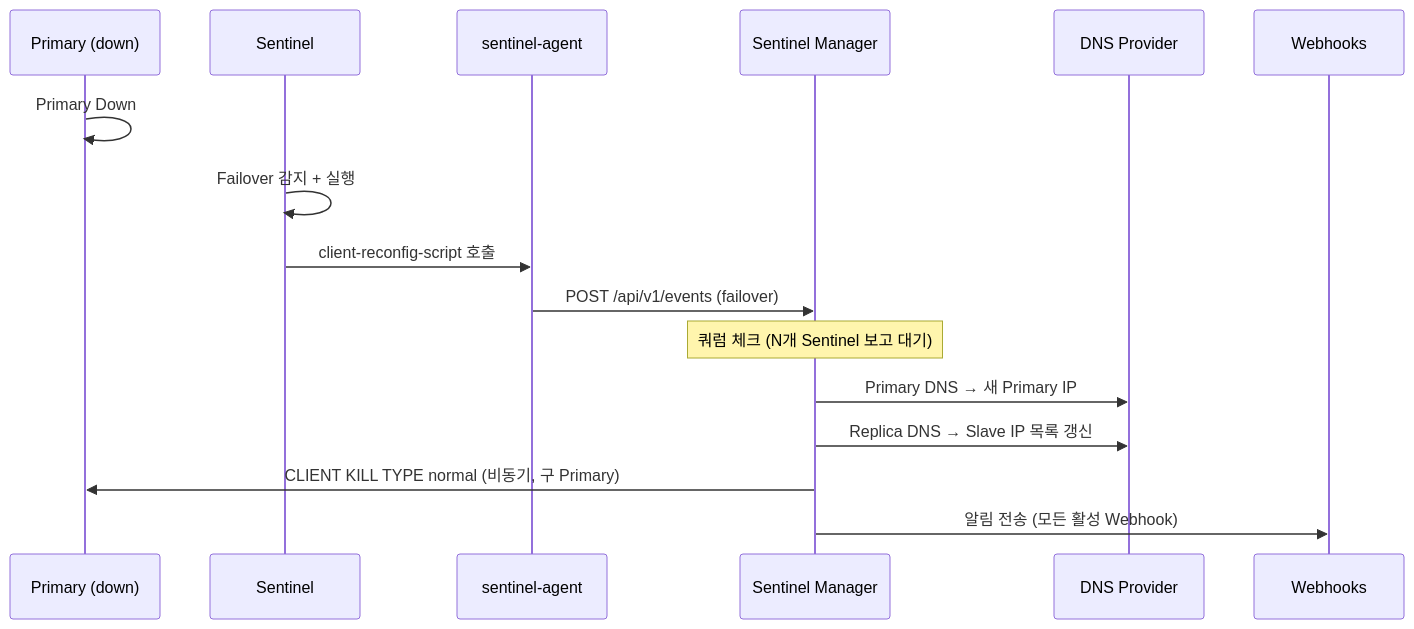
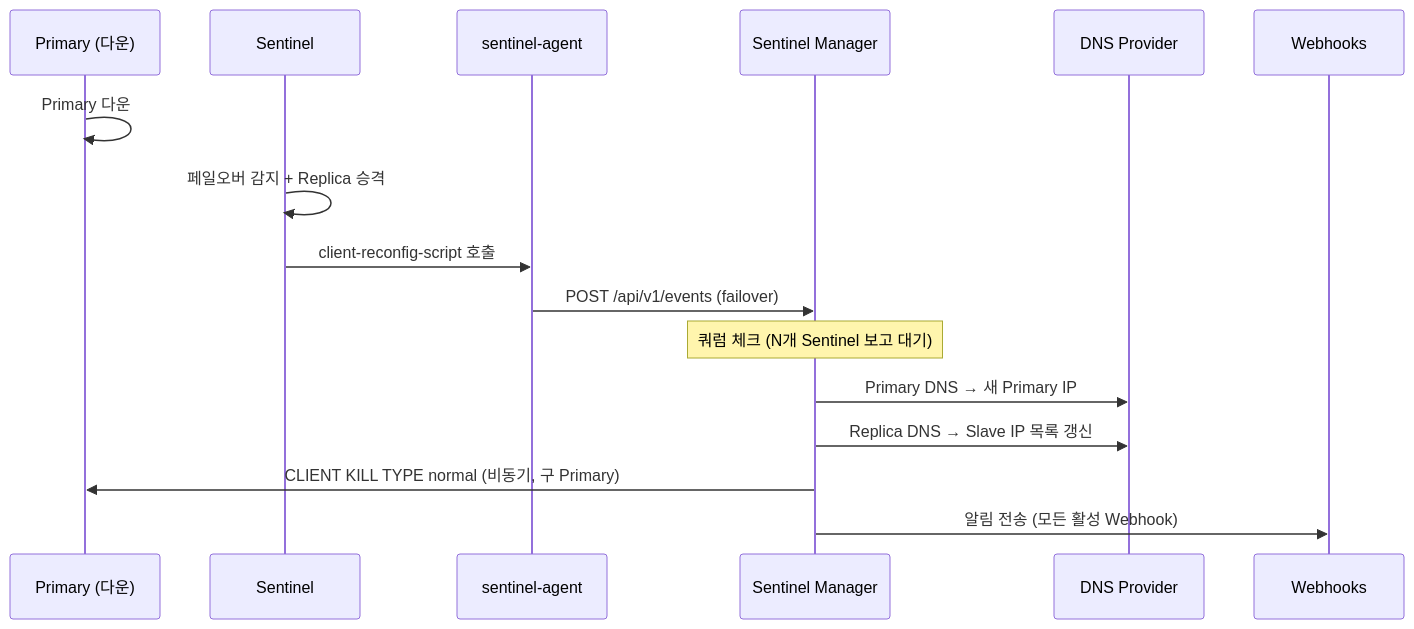
One commit to chals-go/valkey-sentinel-manager changed the fourth of 5 diagrams in README.md. Above: the diagram before and after it, drawn with Mermaid. The commit also changed other lines of this file, not shown here.

````diff
--- a/README.md
+++ b/README.md
@@ -86,21 +272,21 @@
 ```mermaid
 sequenceDiagram
-    participant P as Primary (down)
+    participant P as Primary (다운)
     participant S as Sentinel
     participant A as sentinel-agent
     participant M as Sentinel Manager
     participant D as DNS Provider
     participant W as Webhooks
 
-    P->>P: Primary Down
-    S->>S: Failover 감지 + 실행
+    P->>P: Primary 다운
+    S->>S: 페일오버 감지 + Replica 승격
     S->>A: client-reconfig-script 호출
     A->>M: POST /api/v1/events (failover)
 
     Note over M: 쿼럼 체크 (N개 Sentinel 보고 대기)
 
     M->>D: Primary DNS → 새 Primary IP
     M->>D: Replica DNS → Slave IP 목록 갱신
     M->>P: CLIENT KILL TYPE normal (비동기, 구 Primary)
     M->>W: 알림 전송 (모든 활성 Webhook)
 ```
````
